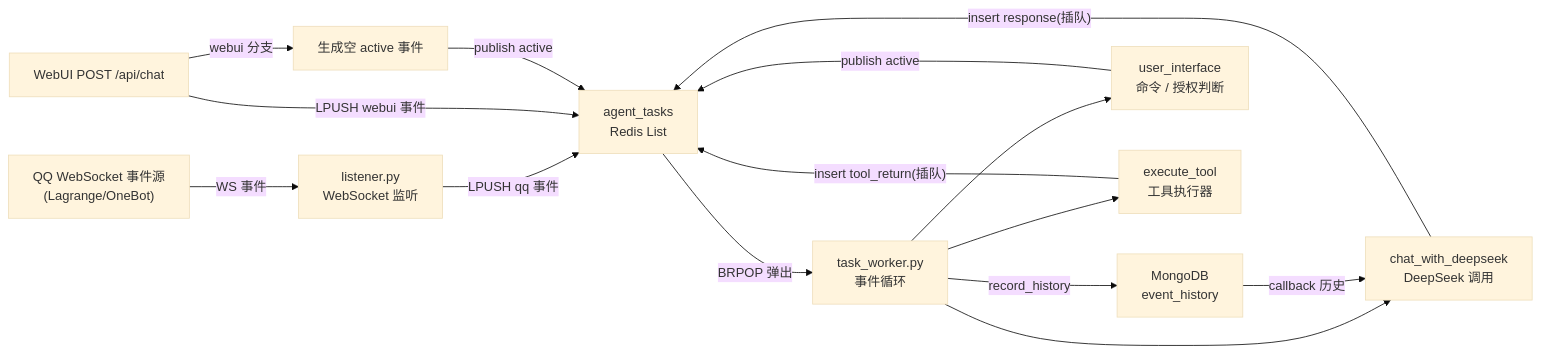
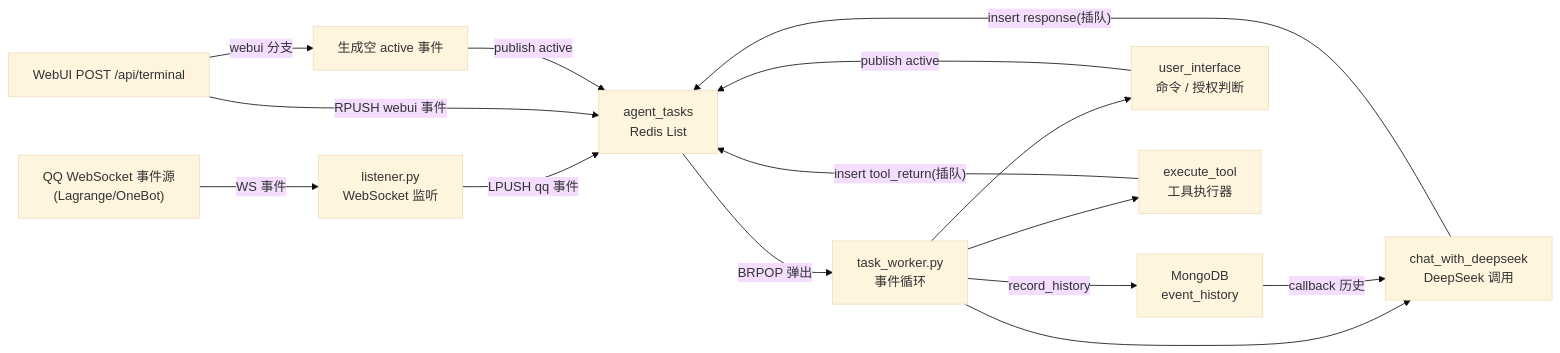
The diagram in docs/01-系统架构.md (g-Ironfox/AAgent), drawn with Mermaid (base theme) before and after one commit. The commit also changed other lines of this file and 18 other files, not shown here.

````diff
--- a/docs/01-系统架构.md
+++ b/docs/01-系统架构.md
@@ -34,17 +34,17 @@
 ```mermaid
 flowchart LR
     WS["QQ WebSocket 事件源<br/>(Lagrange/OneBot)"] -->|"WS 事件"| L["listener.py<br/>WebSocket 监听"]
     L -->|"LPUSH qq 事件"| Q["agent_tasks<br/>Redis List"]
-    WEB["WebUI POST /api/chat"] -->|"LPUSH webui 事件"| Q
+    WEB["WebUI POST /api/terminal"] -->|"RPUSH webui 事件"| Q
     Q -->|"BRPOP 弹出"| W["task_worker.py<br/>事件循环"]
     W -->|"record_history"| H["MongoDB<br/>event_history"]
     W --> UI["user_interface<br/>命令 / 授权判断"]
     UI -->|"publish active"| Q
     WEB -->|"webui 分支"| ACTIVE["生成空 active 事件"]
     ACTIVE -->|"publish active"| Q
     W --> LLM["chat_with_deepseek<br/>DeepSeek 调用"]
     LLM -->|"insert response(插队)"| Q
     W --> TOOL["execute_tool<br/>工具执行器"]
     TOOL -->|"insert tool_return(插队)"| Q
     H -->|"callback 历史"| LLM
 ```
````
